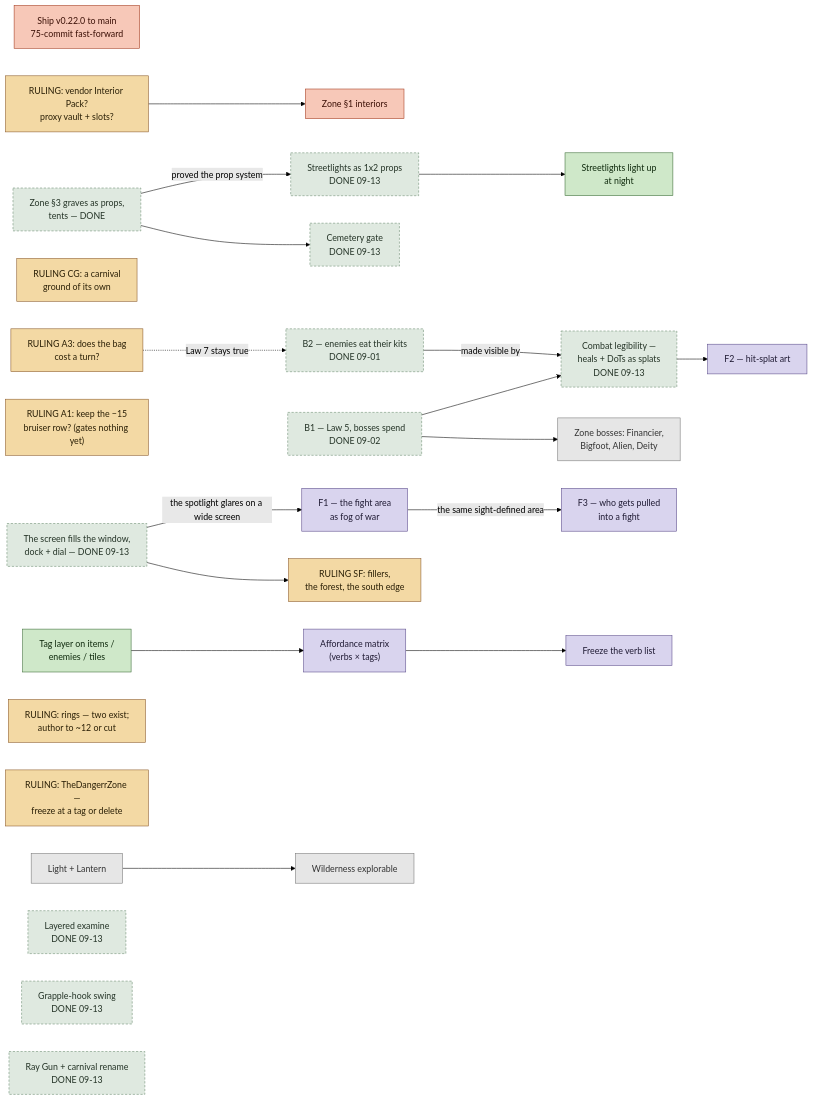
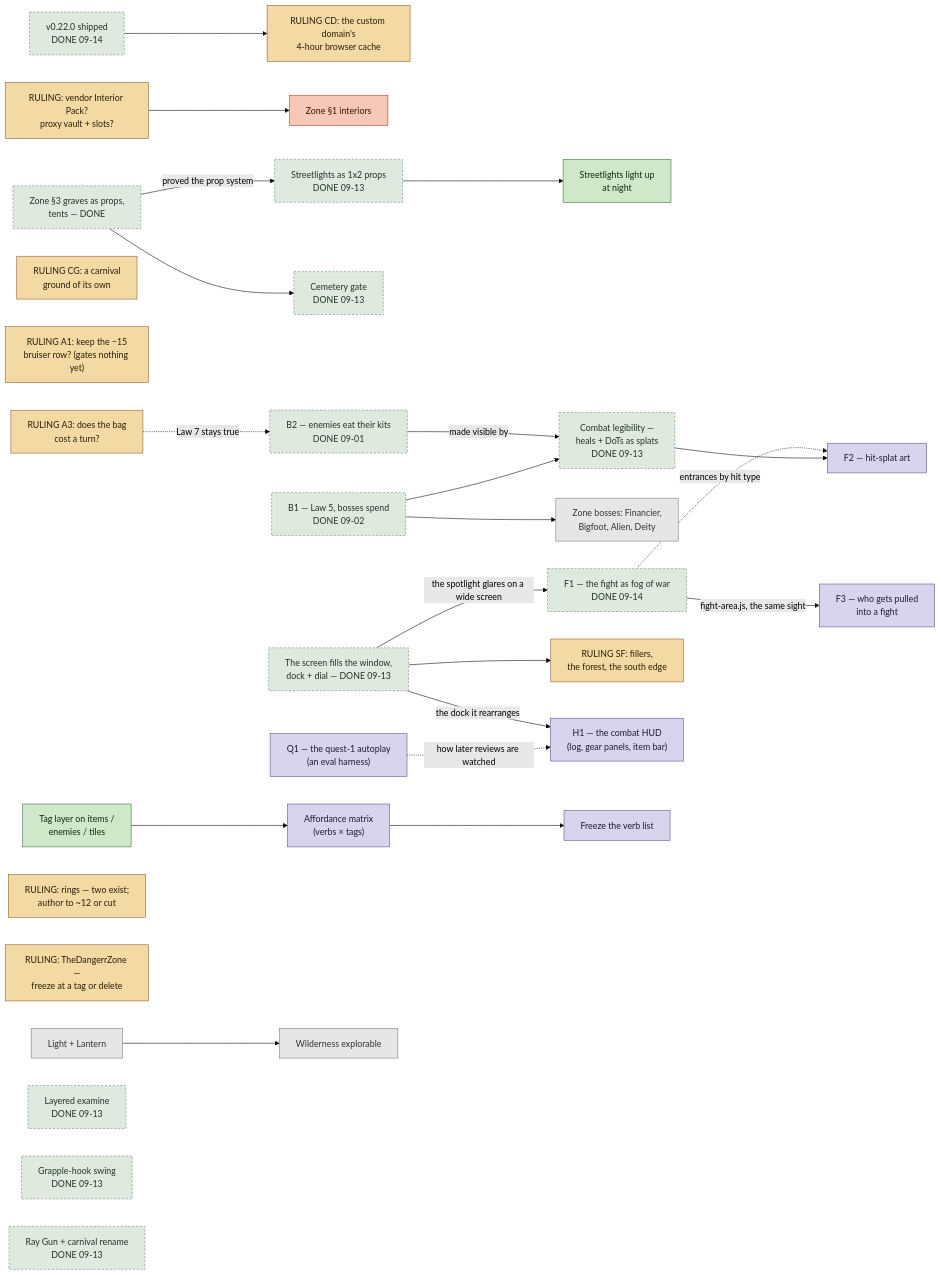
The diagram in plans/roadmap-2026-09.md (RussellDangerr/violencetown), drawn with Mermaid (forest theme) before and after one commit. The commit also changed other lines of this file and 2 other files, not shown here.

First line of the commit message:
plan: the roadmap and its board catch up with v0.22.0

````diff
--- a/plans/roadmap-2026-09.md
+++ b/plans/roadmap-2026-09.md
@@ -38,57 +38,64 @@
 ```mermaid
 flowchart LR
     classDef ruling fill:#f3d9a4,stroke:#8a5a2c,color:#2a1f06
     classDef ready fill:#cfe8c9,stroke:#3a6b35,color:#0f2a0d
     classDef design fill:#d9d4ee,stroke:#5a4a8a,color:#1f1a33
     classDef later fill:#e6e6e6,stroke:#777,color:#333
     classDef now fill:#f7c8b8,stroke:#a33a1e,color:#3a0f05
     classDef done fill:#dfe9e0,stroke:#6a8a6e,color:#243326,stroke-dasharray:4 3
 
-    SHIP["Ship v0.22.0 to main<br/>75-commit fast-forward"]:::now
+    SHIP["v0.22.0 shipped<br/>DONE 09-14"]:::done
+    CD["RULING CD: the custom domain's<br/>4-hour browser cache"]:::ruling
+    SHIP --> CD
     GY["Zone §3 graves as props,<br/>tents — DONE"]:::done
     INT["Zone §1 interiors"]:::now
     R_INT["RULING: vendor Interior Pack?<br/>proxy vault + slots?"]:::ruling
     R_INT --> INT
     GY -->|"proved the prop system"| LAMP["Streetlights as 1x2 props<br/>DONE 09-13"]:::done
     GY --> GATE["Cemetery gate<br/>DONE 09-13"]:::done
     LAMP --> LIT["Streetlights light up<br/>at night"]:::ready
     CG["RULING CG: a carnival<br/>ground of its own"]:::ruling
 
     BOSS["B1 — Law 5, bosses spend<br/>DONE 09-02"]:::done
     B2["B2 — enemies eat their kits<br/>DONE 09-01"]:::done
     LEG["Combat legibility —<br/>heals + DoTs as splats<br/>DONE 09-13"]:::done
     ZBOSS["Zone bosses: Financier,<br/>Bigfoot, Alien, Deity"]:::later
     BOSS --> ZBOSS
     B2 -->|"made visible by"| LEG
     BOSS --> LEG
 
     SCREEN["The screen fills the window,<br/>dock + dial — DONE 09-13"]:::done
-    FOG["F1 — the fight area<br/>as fog of war"]:::design
+    FOG["F1 — the fight as fog of war<br/>DONE 09-14"]:::done
     SPLAT["F2 — hit-splat art"]:::design
     PULL["F3 — who gets pulled<br/>into a fight"]:::design
     SF["RULING SF: fillers,<br/>the forest, the south edge"]:::ruling
+    AUTO["Q1 — the quest-1 autoplay<br/>(an eval harness)"]:::design
+    HUD["H1 — the combat HUD<br/>(log, gear panels, item bar)"]:::design
     SCREEN -->|"the spotlight glares on a wide screen"| FOG
-    FOG -->|"the same sight-defined area"| PULL
+    FOG -->|"fight-area.js, the same sight"| PULL
+    FOG -.->|"entrances by hit type"| SPLAT
     LEG --> SPLAT
     SCREEN --> SF
+    SCREEN -->|"the dock it rearranges"| HUD
+    AUTO -.->|"how later reviews are watched"| HUD
 
     A1["RULING A1: keep the −15<br/>bruiser row? (gates nothing yet)"]:::ruling
     A3["RULING A3: does the bag<br/>cost a turn?"]:::ruling
     A3 -.->|"Law 7 stays true"| B2
 
     TAG["Tag layer on items /<br/>enemies / tiles"]:::ready
     MATRIX["Affordance matrix<br/>(verbs × tags)"]:::design
     FREEZE["Freeze the verb list"]:::design
     TAG --> MATRIX --> FREEZE
 
     RINGS["RULING: rings — two exist;<br/>author to ~12 or cut"]:::ruling
     DZ["RULING: TheDangerrZone —<br/>freeze at a tag or delete"]:::ruling
 
     LANT["Light + Lantern"]:::later
     WILD["Wilderness explorable"]:::later
     LANT --> WILD
 
     EX["Layered examine<br/>DONE 09-13"]:::done
     GRAP["Grapple-hook swing<br/>DONE 09-13"]:::done
     RAY["Ray Gun + carnival rename<br/>DONE 09-13"]:::done
 ```
````
